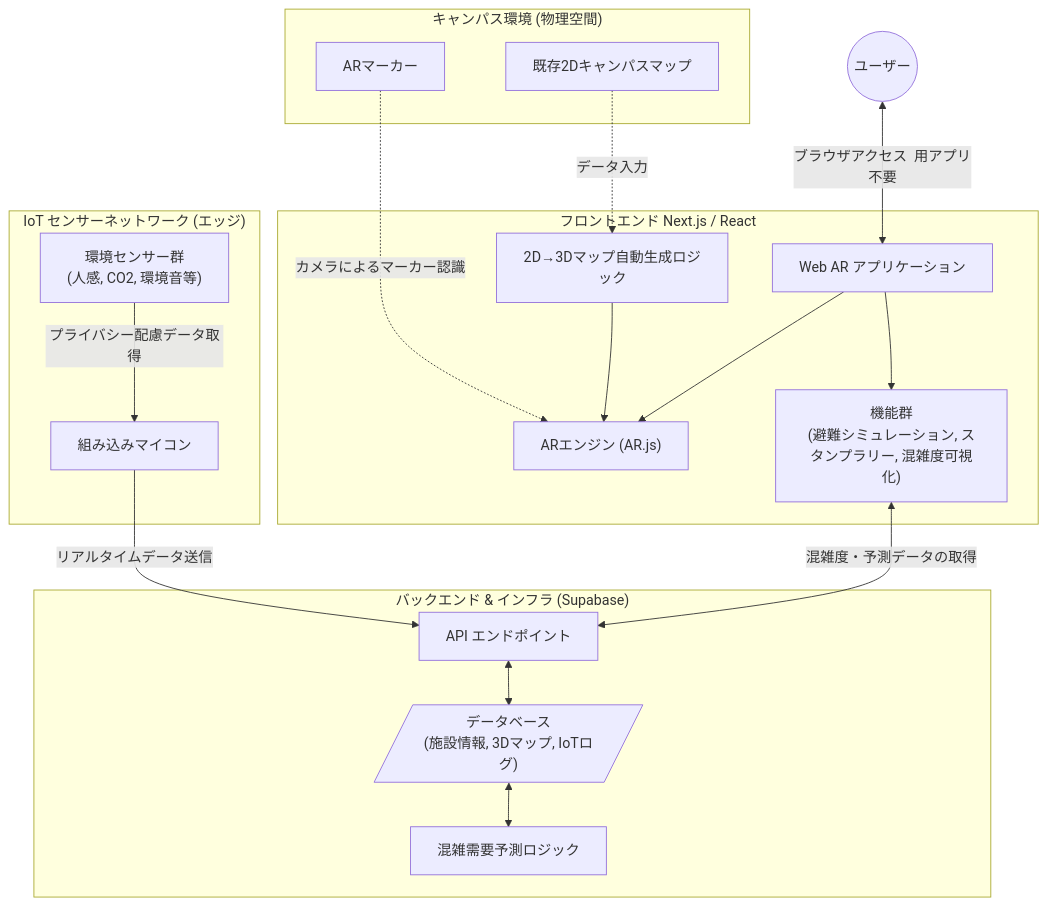
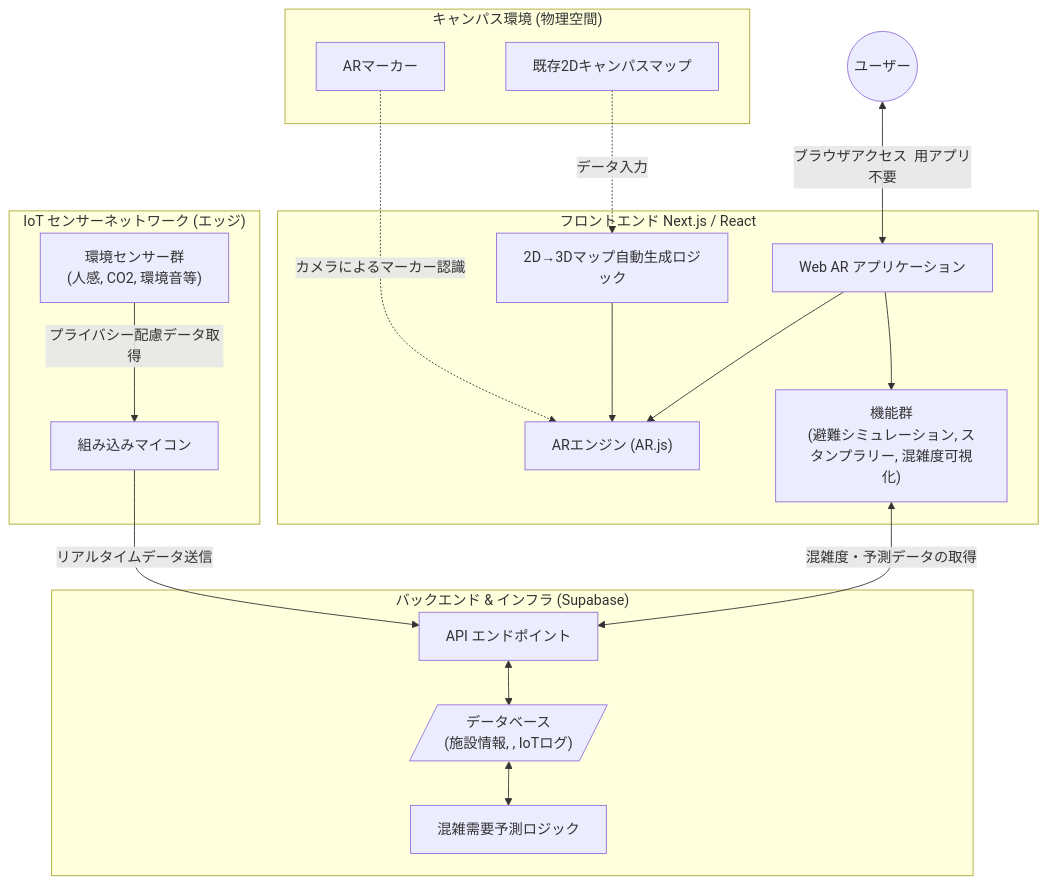
The diagram in docs/architecture.md (2026ProjectResearchAR/.github), drawn with Mermaid before and after one commit.

Commit message:
Update database description in architecture.md
Removed '3Dマップ' from the database description in the architecture documentation.

````diff
--- a/docs/architecture.md
+++ b/docs/architecture.md
@@ -5,47 +5,47 @@
 ```mermaid
 graph TD
     %% ユーザー / フロントエンド
     User((ユーザー))
     
     subgraph Frontend ["フロントエンド Next.js / React"]
         WebApp["Web AR アプリケーション"]
         ARjs["ARエンジン (AR.js)"]
         MapGen["2D→3Dマップ自動生成ロジック"]
         Features["機能群<br/>(避難シミュレーション, スタンプラリー, 混雑度可視化)"]
         
         WebApp --> ARjs
         WebApp --> Features
         MapGen --> ARjs
     end
 
     %% バックエンド
     subgraph Backend ["バックエンド & インフラ (Supabase)"]
         API["API エンドポイント"]
-        DB[/"データベース<br/>(施設情報, 3Dマップ, IoTログ)"/]
+        DB[/"データベース<br/>(施設情報, , IoTログ)"/]
         Prediction["混雑需要予測ロジック"]
         
         API <--> DB
         DB <--> Prediction
     end
 
     %% IoT・エッジ
     subgraph IoTEdge ["IoT センサーネットワーク (エッジ)"]
         Microcontroller["組み込みマイコン"]
         Sensors["環境センサー群<br/>(人感, CO2, 環境音等)"]
         
         Sensors -->|プライバシー配慮データ取得| Microcontroller
     end
 
     %% 物理・外部要素
     subgraph PhysicalCampus ["キャンパス環境 (物理空間)"]
         ARMarkers["ARマーカー"]
         Maps2D["既存2Dキャンパスマップ"]
     end
 
     %% データフロー
     User <-->|ブラウザアクセス  用アプリ不要 | WebApp
     ARMarkers -.->|カメラによるマーカー認識| ARjs
     Maps2D -.->|データ入力| MapGen
     Features <-->|混雑度・予測データの取得| API
     Microcontroller -->|リアルタイムデータ送信| API
 ```
````
